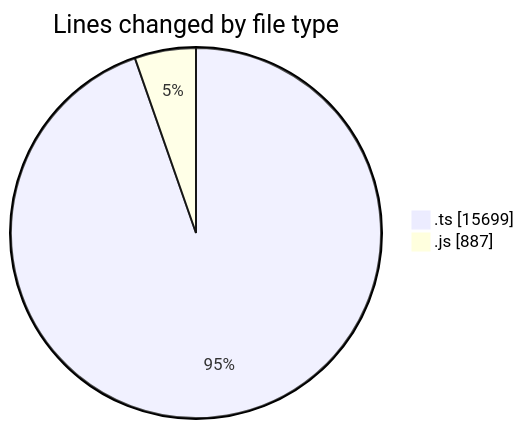
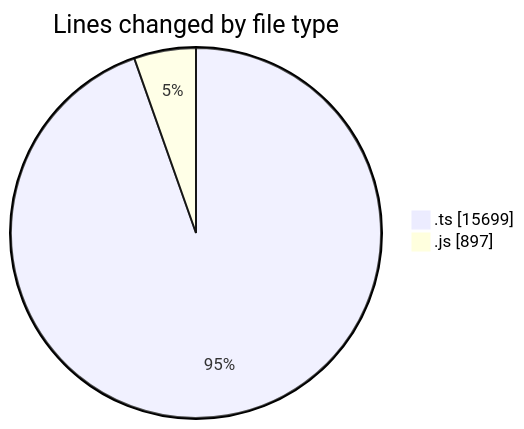
The first of 2 diagrams in 2026-02-05/cda/README.md (momahboobian/code-tracking), drawn with Mermaid before and after one commit. The commit also changed other lines of this file and 1 other file, not shown here.

````diff
--- a/2026-02-05/cda/README.md
+++ b/2026-02-05/cda/README.md
@@ -24,6 +24,6 @@
 ```mermaid
 pie showData
 title Lines changed by file type
 ".ts" : 15699
-".js" : 887
+".js" : 897
 ```
````
